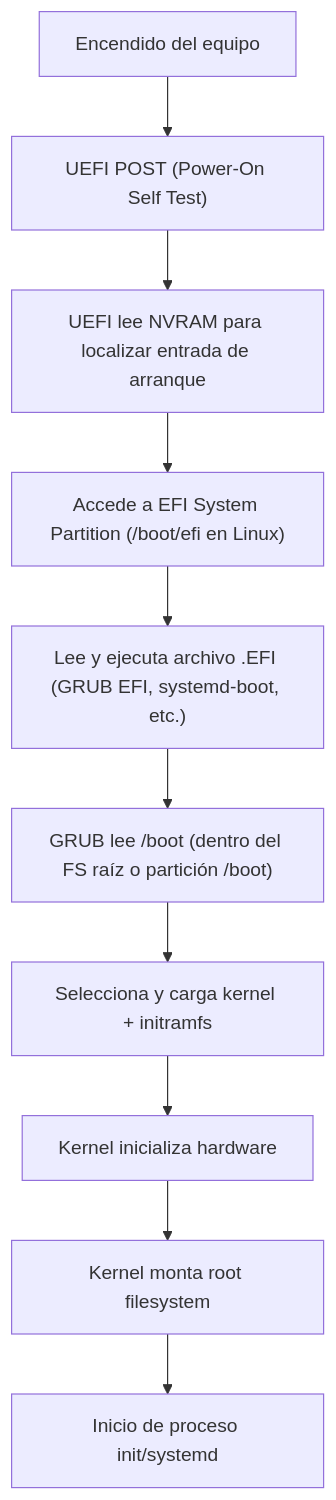
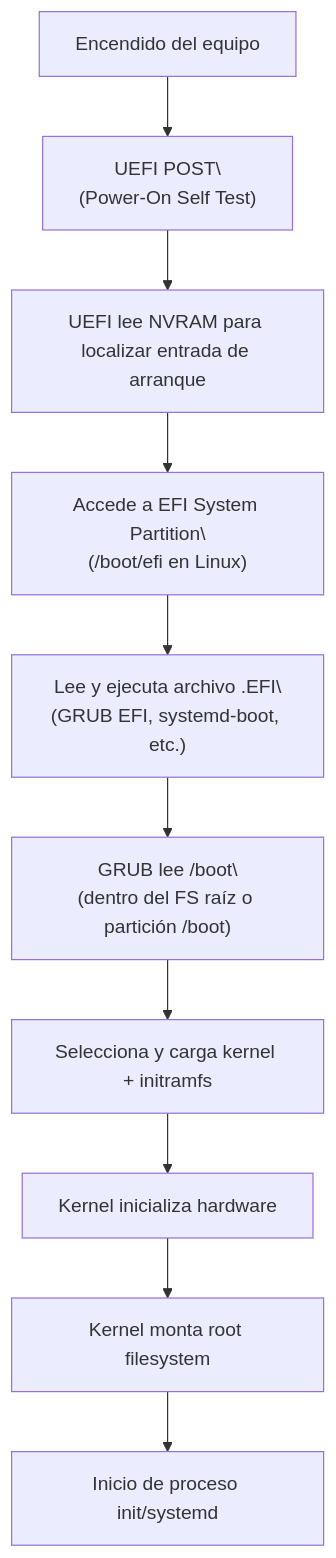
Before and after one commit to GualaDRAKE/LFS4Students-ES: the second of 3 diagrams in Anexos_LFS4Students-ES/Bios_boot-UEFI.md, drawn with Mermaid. The commit also changed other lines of this file, not shown here.

````diff
--- a/Anexos_LFS4Students-ES/Bios_boot-UEFI.md
+++ b/Anexos_LFS4Students-ES/Bios_boot-UEFI.md
@@ -299,12 +299,12 @@
 ```mermaid
 flowchart TD
-    A["Encendido del equipo"] --> B["UEFI POST (Power-On Self Test)"]
+    A["Encendido del equipo"] --> B["UEFI POST\\n(Power-On Self Test)"]
     B --> C["UEFI lee NVRAM para localizar entrada de arranque"]
-    C --> D["Accede a EFI System Partition (/boot/efi en Linux)"]
-    D --> E["Lee y ejecuta archivo .EFI (GRUB EFI, systemd-boot, etc.)"]
-    E --> F["GRUB lee /boot (dentro del FS raíz o partición /boot)"]
+    C --> D["Accede a EFI System Partition\\n(/boot/efi en Linux)"]
+    D --> E["Lee y ejecuta archivo .EFI\\n(GRUB EFI, systemd-boot, etc.)"]
+    E --> F["GRUB lee /boot\\n(dentro del FS raíz o partición /boot)"]
     F --> G["Selecciona y carga kernel + initramfs"]
     G --> H["Kernel inicializa hardware"]
     H --> I["Kernel monta root filesystem"]
     I --> J["Inicio de proceso init/systemd"]
 ```
````
